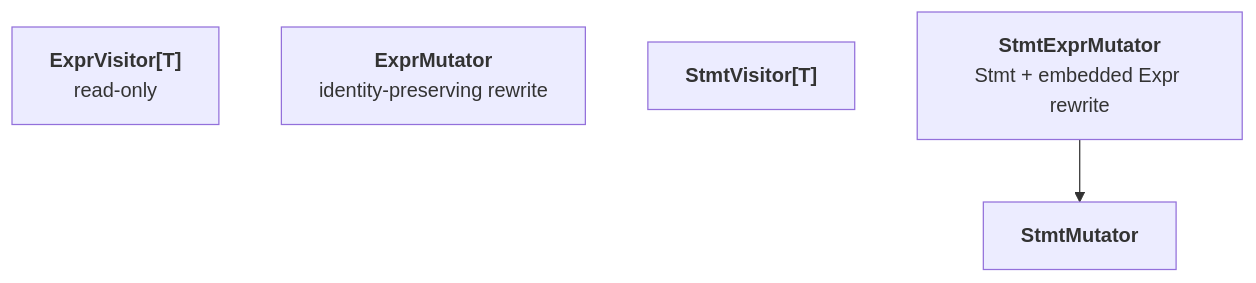
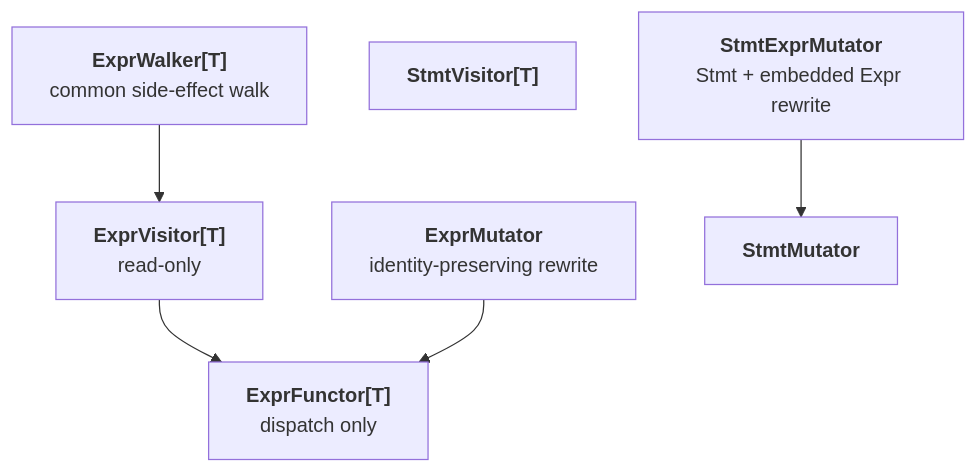
Before and after one commit to UranusSeven/TileFoundry: the diagram in docs/spec/visitor-mutator.md, drawn with Mermaid. The commit also changed other lines of this file and 46 other files, not shown here.

````diff
--- a/docs/spec/visitor-mutator.md
+++ b/docs/spec/visitor-mutator.md
@@ -8,10 +9,15 @@
 ```mermaid
 flowchart TB
+    ExprFunctor["<b>ExprFunctor[T]</b><br/>dispatch only"]
     ExprVisitor["<b>ExprVisitor[T]</b><br/>read-only"]
+    ExprWalker["<b>ExprWalker[T]</b><br/>common side-effect walk"]
     ExprMutator["<b>ExprMutator</b><br/>identity-preserving rewrite"]
     StmtVisitor["<b>StmtVisitor[T]</b>"]
     StmtMutator["<b>StmtMutator</b>"]
     StmtExprMutator["<b>StmtExprMutator</b><br/>Stmt + embedded Expr rewrite"]
 
+    ExprVisitor --> ExprFunctor
+    ExprWalker --> ExprVisitor
+    ExprMutator --> ExprFunctor
     StmtExprMutator --> StmtMutator
 ```
````
